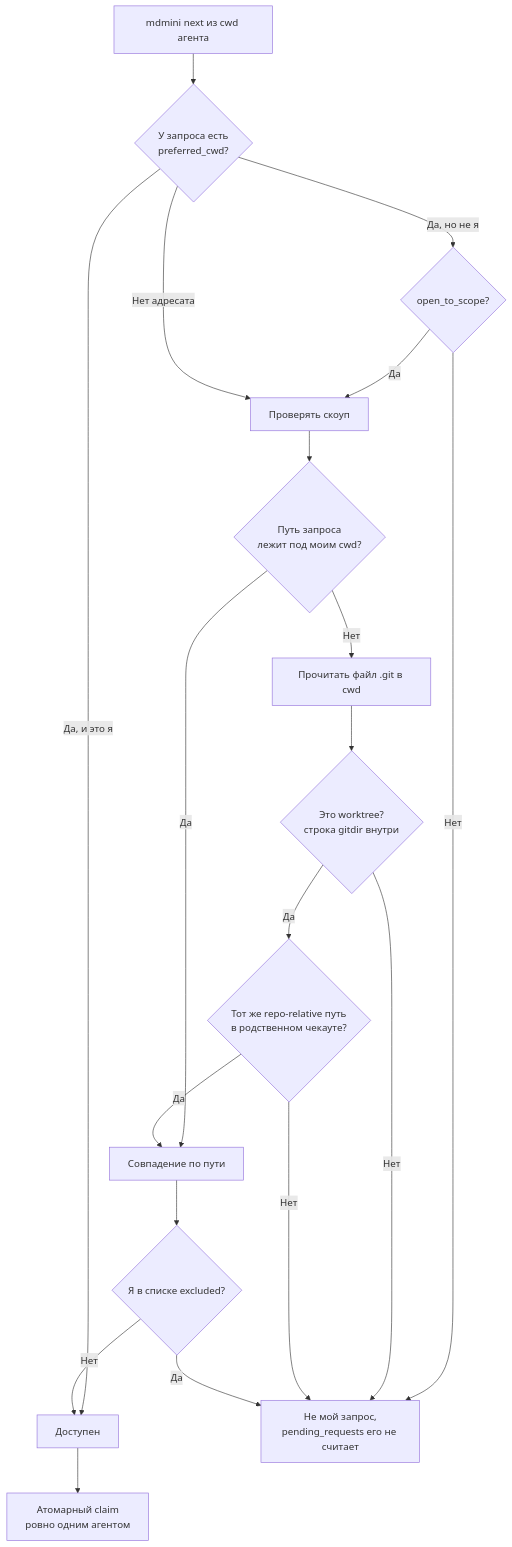
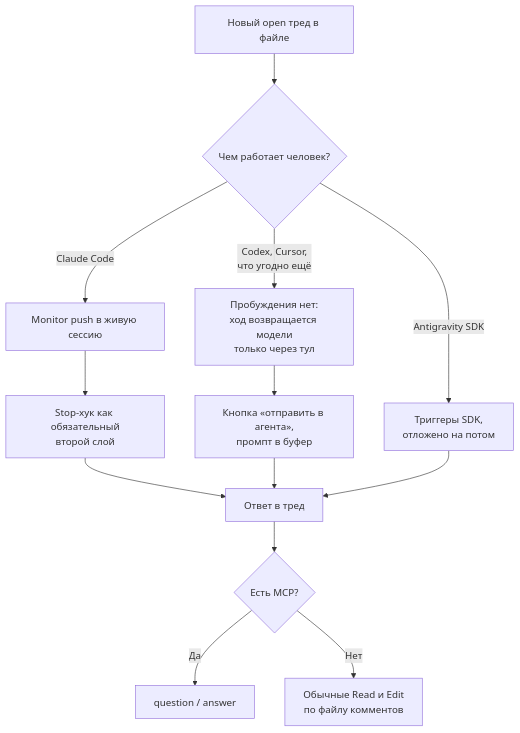
Before and after one commit to malinborn/mdmini: the tenth of 14 diagrams in docs/superpowers/specs/2026-08-23-document-requests-design.md, drawn with Mermaid. The commit also changed other lines of this file, not shown here.

First line of the commit message:
docs: rewrite the spec around Monitor push and a comment file beside the document

````diff
--- a/docs/superpowers/specs/2026-08-23-document-requests-design.md
+++ b/docs/superpowers/specs/2026-08-23-document-requests-design.md
@@ -372,21 +317,15 @@
 ```mermaid
 flowchart TD
-    A["mdmini next из cwd агента"] --> B{"У запроса есть<br/>preferred_cwd?"}
-    B -->|"Да, и это я"| K["Доступен"]
-    B -->|"Да, но не я"| C{"open_to_scope?"}
-    C -->|"Нет"| Z["Не мой запрос,<br/>pending_requests его не считает"]
-    C -->|"Да"| D["Проверять скоуп"]
-    B -->|"Нет адресата"| D
-    D --> E{"Путь запроса<br/>лежит под моим cwd?"}
-    E -->|"Да"| J["Совпадение по пути"]
-    E -->|"Нет"| F["Прочитать файл .git в cwd"]
-    F --> G{"Это worktree?<br/>строка gitdir внутри"}
-    G -->|"Нет"| Z
-    G -->|"Да"| H{"Тот же repo-relative путь<br/>в родственном чекауте?"}
-    H -->|"Нет"| Z
-    H -->|"Да"| J
-    J --> I{"Я в списке excluded?"}
-    I -->|"Да"| Z
-    I -->|"Нет"| K
-    K --> L["Атомарный claim<br/>ровно одним агентом"]
+    A["Новый open тред в файле"] --> B{"Чем работает человек?"}
+    B -->|"Claude Code"| C["Monitor push в живую сессию"]
+    C --> D["Stop-хук как обязательный<br/>второй слой"]
+    B -->|"Antigravity SDK"| E["Триггеры SDK,<br/>отложено на потом"]
+    B -->|"Codex, Cursor,<br/>что угодно ещё"| F["Пробуждения нет:<br/>ход возвращается модели<br/>только через тул"]
+    F --> G["Кнопка «отправить в агента»,<br/>промпт в буфер"]
+    D --> H["Ответ в тред"]
+    G --> H
+    E --> H
+    H --> I{"Есть MCP?"}
+    I -->|"Да"| J["question / answer"]
+    I -->|"Нет"| K["Обычные Read и Edit<br/>по файлу комментов"]
 ```
````
